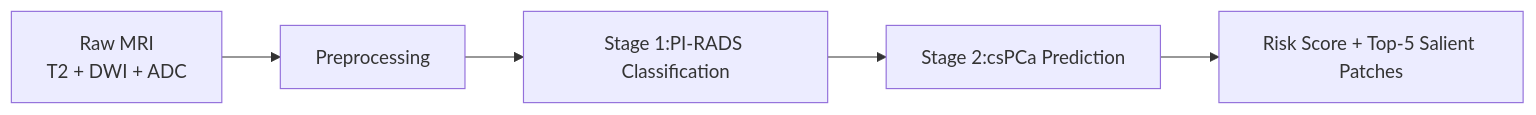
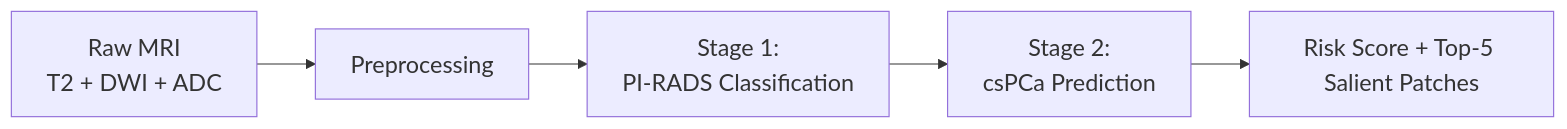
One commit to anirudhbalaraman/WSAttention-Prostate changed the diagram in docs/index.md. Above: the diagram before and after it, drawn with Mermaid. The commit also changed other lines of this file, not shown here.

````diff
--- a/docs/index.md
+++ b/docs/index.md
@@ -21,7 +21,8 @@
 ```mermaid
+%%{init: {'themeVariables': { 'fontSize': '20px' }}}%%
 flowchart LR
     A[Raw MRI\nT2 + DWI + ADC] --> B[Preprocessing]
-    B --> C[Stage 1:PI-RADS Classification]
-    C --> D[Stage 2:csPCa Prediction]
+    B --> C[Stage 1:</br>PI-RADS Classification]
+    C --> D[Stage 2:</br>csPCa Prediction]
     D --> E[Risk Score + Top-5 Salient Patches]
 ```
````
